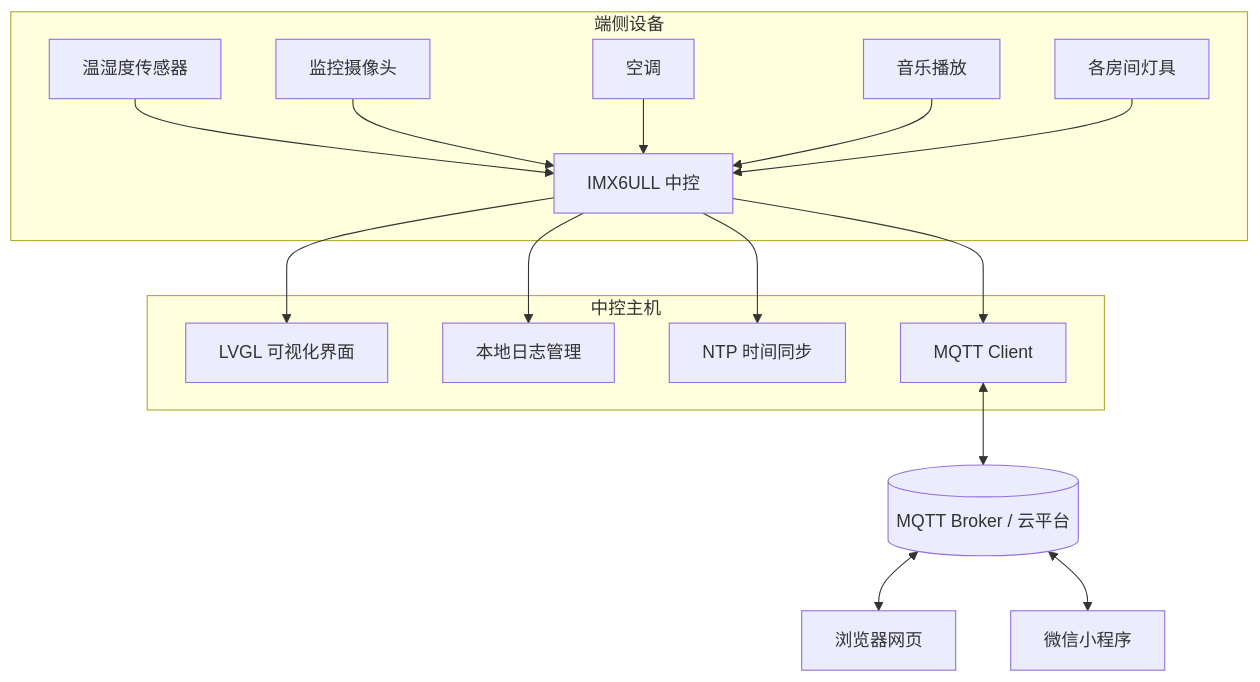
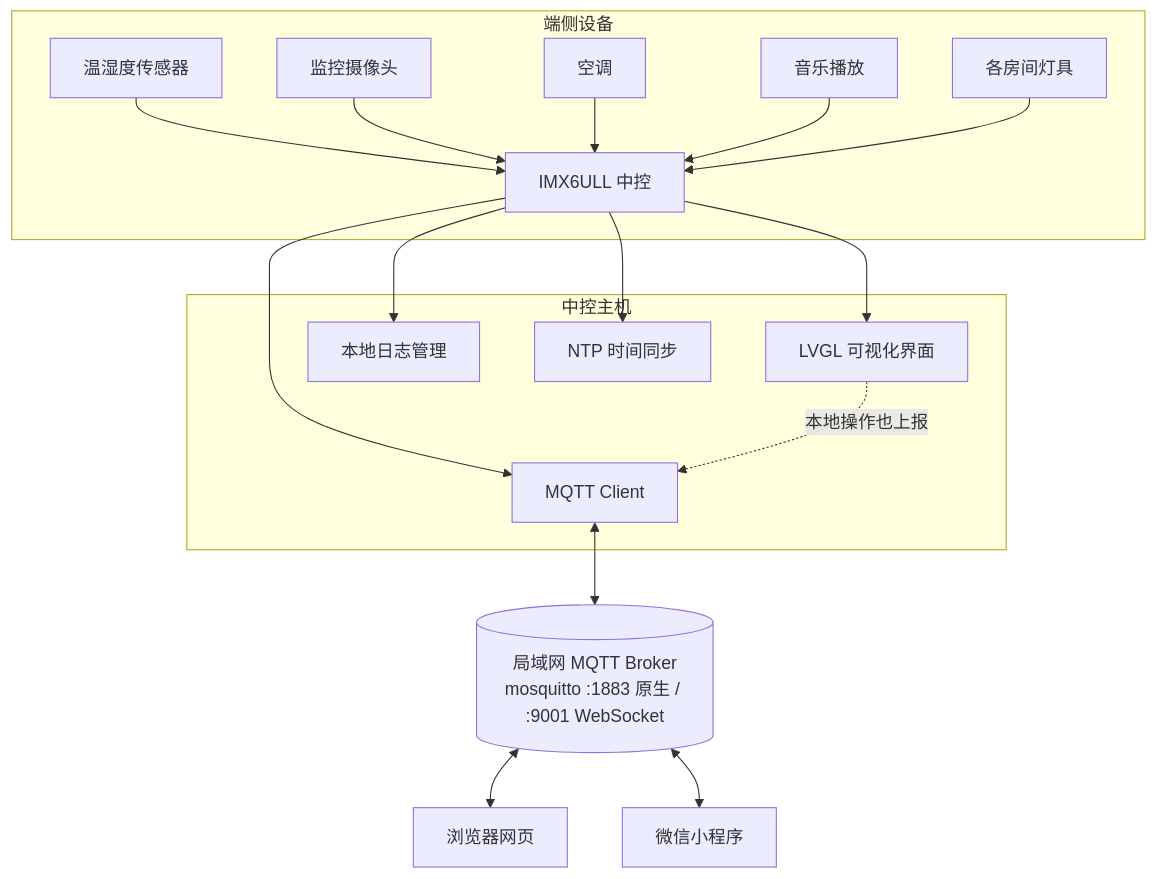
The diagram in README.md (3077795357lc/Zao_Jun), drawn with Mermaid before and after one commit. The commit also changed other lines of this file, not shown here.

````diff
--- a/README.md
+++ b/README.md
@@ -114,21 +117,22 @@
 ```mermaid
 flowchart TB
     subgraph 端侧设备
         Sensor[温湿度传感器] --> Core
         Cam[监控摄像头] --> Core
         AC[空调] --> Core
         Music[音乐播放] --> Core
         Light[各房间灯具] --> Core
     end
 
     subgraph 中控主机
         Core[IMX6ULL 中控] --> GUI[LVGL 可视化界面]
         Core --> Log[本地日志管理]
         Core --> NTP[NTP 时间同步]
         Core --> MQTT[MQTT Client]
     end
 
-    MQTT <--> Broker[(MQTT Broker / 云平台)]
+    GUI -. 本地操作也上报 .-> MQTT
+    MQTT <--> Broker[(局域网 MQTT Broker<br/>mosquitto :1883 原生 / :9001 WebSocket)]
     Broker <--> Web[浏览器网页]
     Broker <--> MiniProg[微信小程序]
 ```
````
